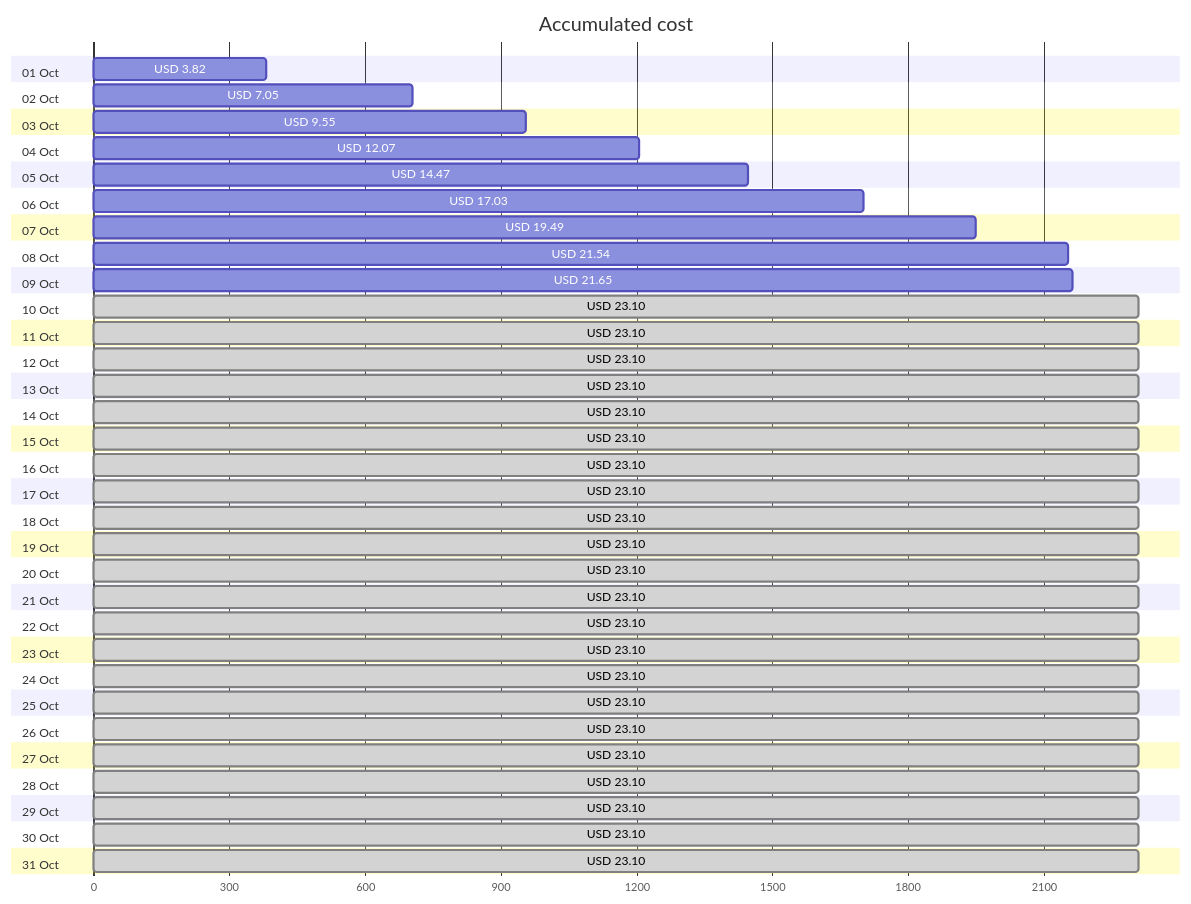
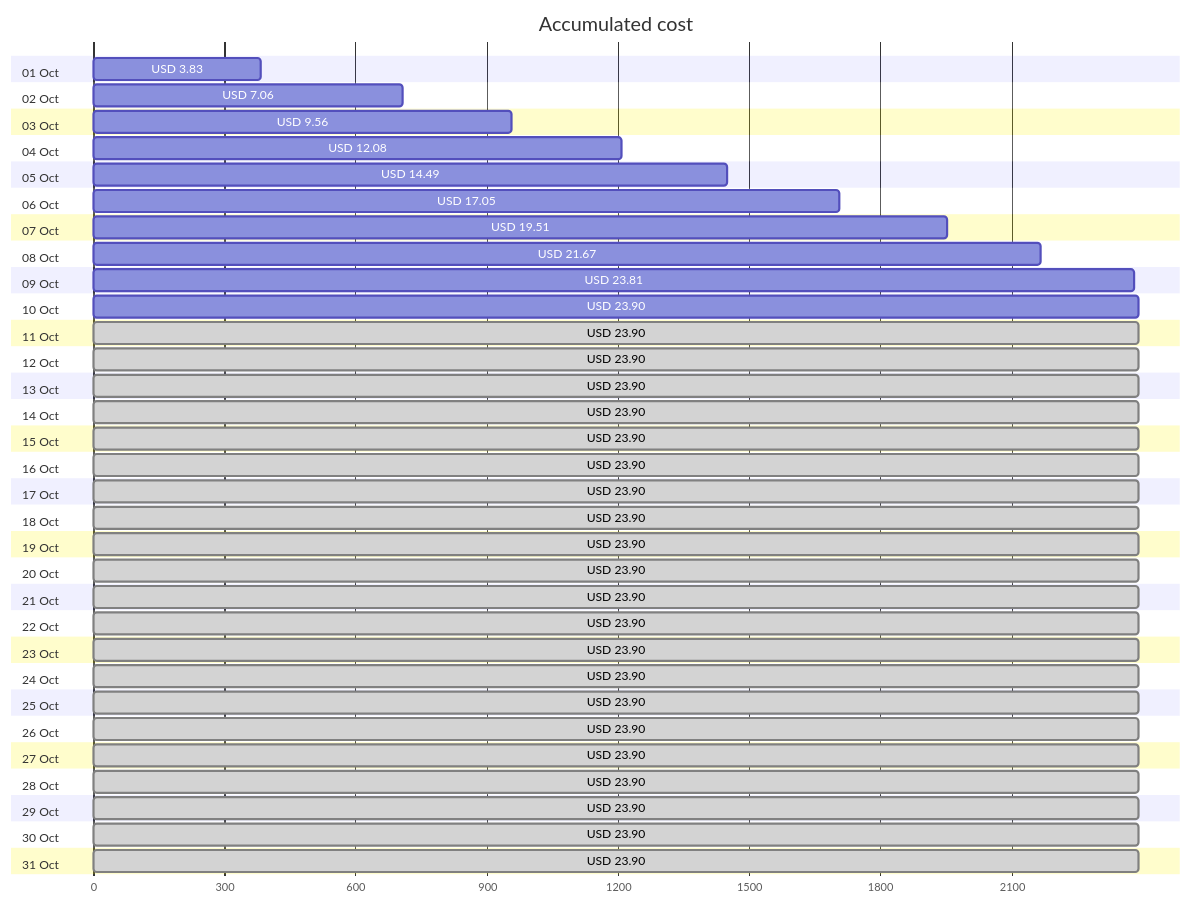
The first of 4 diagrams in cost-reports/accumulated-cost.md (jpfulton/azure-personal-reports), drawn with Mermaid before and after one commit. The commit also changed other lines of this file and 4 other files, not shown here.

````diff
--- a/cost-reports/accumulated-cost.md
+++ b/cost-reports/accumulated-cost.md
@@ -20,68 +20,68 @@
 ```mermaid
 gantt
    title Accumulated cost
    dateFormat  X
    axisFormat %s
    section 01 Oct
-   USD 3.82 :0, 382
+   USD 3.83 :0, 383
    section 02 Oct
-   USD 7.05 :0, 705
+   USD 7.06 :0, 706
    section 03 Oct
-   USD 9.55 :0, 955
+   USD 9.56 :0, 956
    section 04 Oct
-   USD 12.07 :0, 1207
+   USD 12.08 :0, 1208
    section 05 Oct
-   USD 14.47 :0, 1447
+   USD 14.49 :0, 1449
    section 06 Oct
-   USD 17.03 :0, 1703
+   USD 17.05 :0, 1705
    section 07 Oct
-   USD 19.49 :0, 1949
+   USD 19.51 :0, 1951
    section 08 Oct
-   USD 21.54 :0, 2154
+   USD 21.67 :0, 2167
    section 09 Oct
-   USD 21.65 :0, 2165
+   USD 23.81 :0, 2381
    section 10 Oct
-   USD 23.10 : done, 0, 2310
+   USD 23.90 :0, 2390
    section 11 Oct
-   USD 23.10 : done, 0, 2310
+   USD 23.90 : done, 0, 2390
    section 12 Oct
-   USD 23.10 : done, 0, 2310
+   USD 23.90 : done, 0, 2390
    section 13 Oct
-   USD 23.10 : done, 0, 2310
+   USD 23.90 : done, 0, 2390
    section 14 Oct
-   USD 23.10 : done, 0, 2310
+   USD 23.90 : done, 0, 2390
    section 15 Oct
-   USD 23.10 : done, 0, 2310
+   USD 23.90 : done, 0, 2390
    section 16 Oct
-   USD 23.10 : done, 0, 2310
+   USD 23.90 : done, 0, 2390
    section 17 Oct
-   USD 23.10 : done, 0, 2310
+   USD 23.90 : done, 0, 2390
    section 18 Oct
-   USD 23.10 : done, 0, 2310
+   USD 23.90 : done, 0, 2390
    section 19 Oct
-   USD 23.10 : done, 0, 2310
+   USD 23.90 : done, 0, 2390
    section 20 Oct
-   USD 23.10 : done, 0, 2310
+   USD 23.90 : done, 0, 2390
    section 21 Oct
-   USD 23.10 : done, 0, 2310
+   USD 23.90 : done, 0, 2390
    section 22 Oct
-   USD 23.10 : done, 0, 2310
+   USD 23.90 : done, 0, 2390
    section 23 Oct
-   USD 23.10 : done, 0, 2310
+   USD 23.90 : done, 0, 2390
    section 24 Oct
-   USD 23.10 : done, 0, 2310
+   USD 23.90 : done, 0, 2390
    section 25 Oct
-   USD 23.10 : done, 0, 2310
+   USD 23.90 : done, 0, 2390
    section 26 Oct
-   USD 23.10 : done, 0, 2310
+   USD 23.90 : done, 0, 2390
    section 27 Oct
-   USD 23.10 : done, 0, 2310
+   USD 23.90 : done, 0, 2390
    section 28 Oct
-   USD 23.10 : done, 0, 2310
+   USD 23.90 : done, 0, 2390
    section 29 Oct
-   USD 23.10 : done, 0, 2310
+   USD 23.90 : done, 0, 2390
    section 30 Oct
-   USD 23.10 : done, 0, 2310
+   USD 23.90 : done, 0, 2390
    section 31 Oct
-   USD 23.10 : done, 0, 2310
+   USD 23.90 : done, 0, 2390
 ```
````
